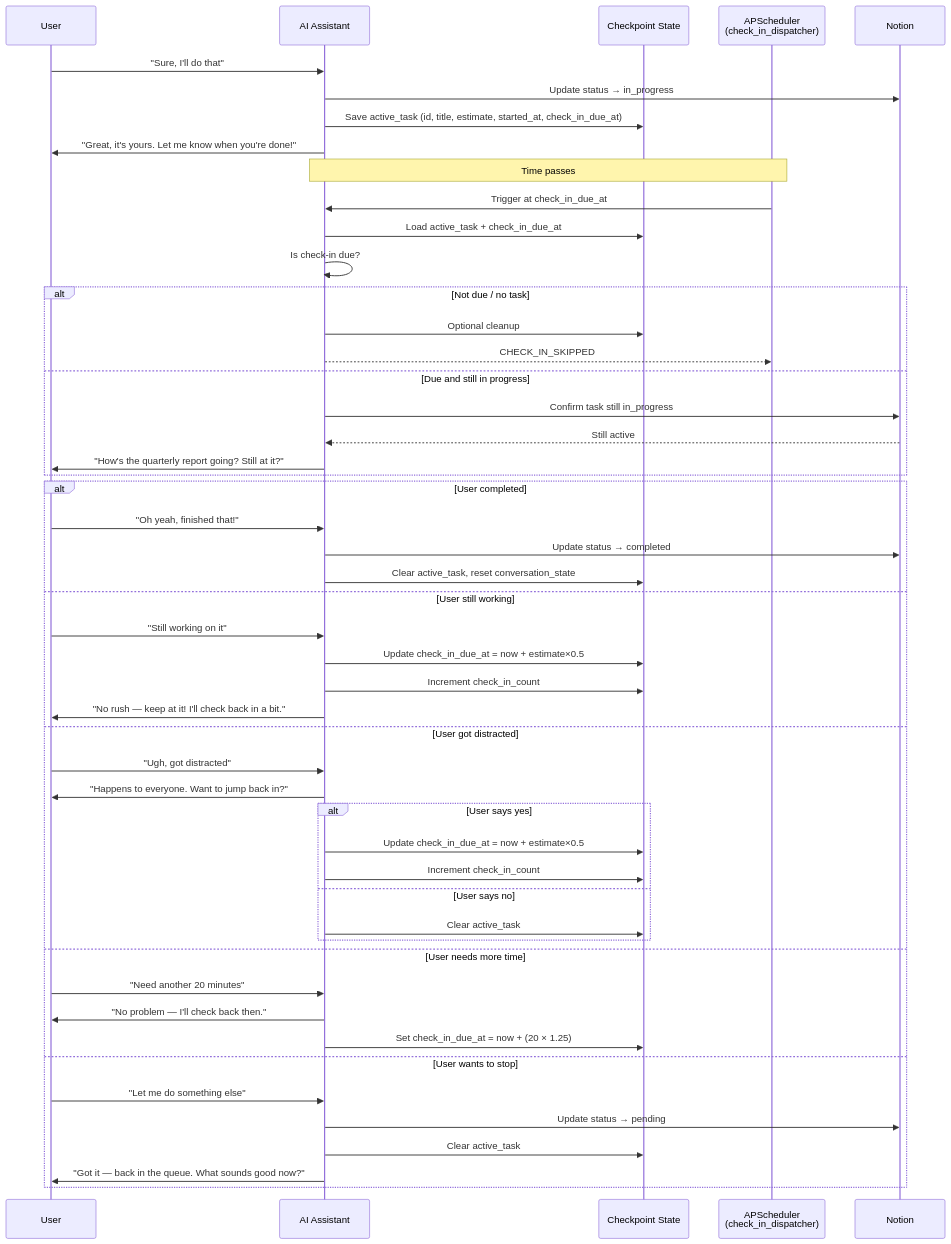
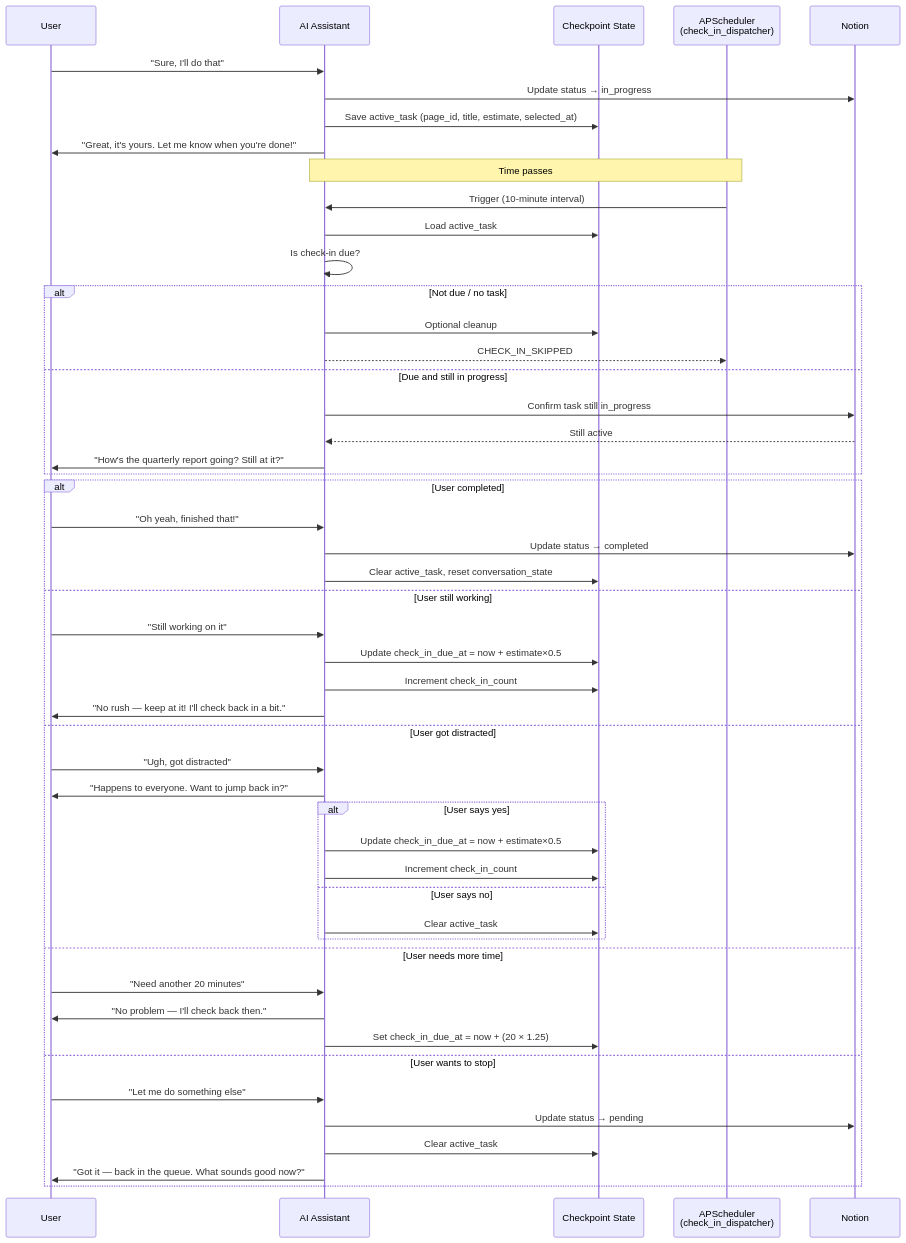
Before and after one commit to NickBorgers/hide-my-list: diagram 20 of 28 in docs/user-interactions.md, drawn with Mermaid. The commit also changed other lines of this file and 17 other files, not shown here.

````diff
--- a/docs/user-interactions.md
+++ b/docs/user-interactions.md
@@ -618,56 +618,56 @@
 ```mermaid
 sequenceDiagram
     participant U as User
     participant AI as AI Assistant
     participant State as Checkpoint State
     participant Sched as APScheduler<br/>(check_in_dispatcher)
     participant N as Notion
 
     U->>AI: "Sure, I'll do that"
     AI->>N: Update status → in_progress
-    AI->>State: Save active_task (id, title, estimate, started_at, check_in_due_at)
+    AI->>State: Save active_task (page_id, title, estimate, selected_at)
     AI->>U: "Great, it's yours. Let me know when you're done!"
 
     Note over AI,Sched: Time passes
 
-    Sched->>AI: Trigger at check_in_due_at
-    AI->>State: Load active_task + check_in_due_at
+    Sched->>AI: Trigger (10-minute interval)
+    AI->>State: Load active_task
     AI->>AI: Is check-in due?
     alt Not due / no task
         AI->>State: Optional cleanup
         AI-->>Sched: CHECK_IN_SKIPPED
     else Due and still in progress
         AI->>N: Confirm task still in_progress
         N-->>AI: Still active
         AI->>U: "How's the quarterly report going? Still at it?"
     end
 
     alt User completed
         U->>AI: "Oh yeah, finished that!"
         AI->>N: Update status → completed
         AI->>State: Clear active_task, reset conversation_state
     else User still working
         U->>AI: "Still working on it"
         AI->>State: Update check_in_due_at = now + estimate×0.5
         AI->>State: Increment check_in_count
         AI->>U: "No rush — keep at it! I'll check back in a bit."
     else User got distracted
         U->>AI: "Ugh, got distracted"
         AI->>U: "Happens to everyone. Want to jump back in?"
         alt User says yes
             AI->>State: Update check_in_due_at = now + estimate×0.5
             AI->>State: Increment check_in_count
         else User says no
             AI->>State: Clear active_task
         end
     else User needs more time
         U->>AI: "Need another 20 minutes"
         AI->>U: "No problem — I'll check back then."
         AI->>State: Set check_in_due_at = now + (20 × 1.25)
     else User wants to stop
         U->>AI: "Let me do something else"
         AI->>N: Update status → pending
         AI->>State: Clear active_task
         AI->>U: "Got it — back in the queue. What sounds good now?"
     end
 ```
````
